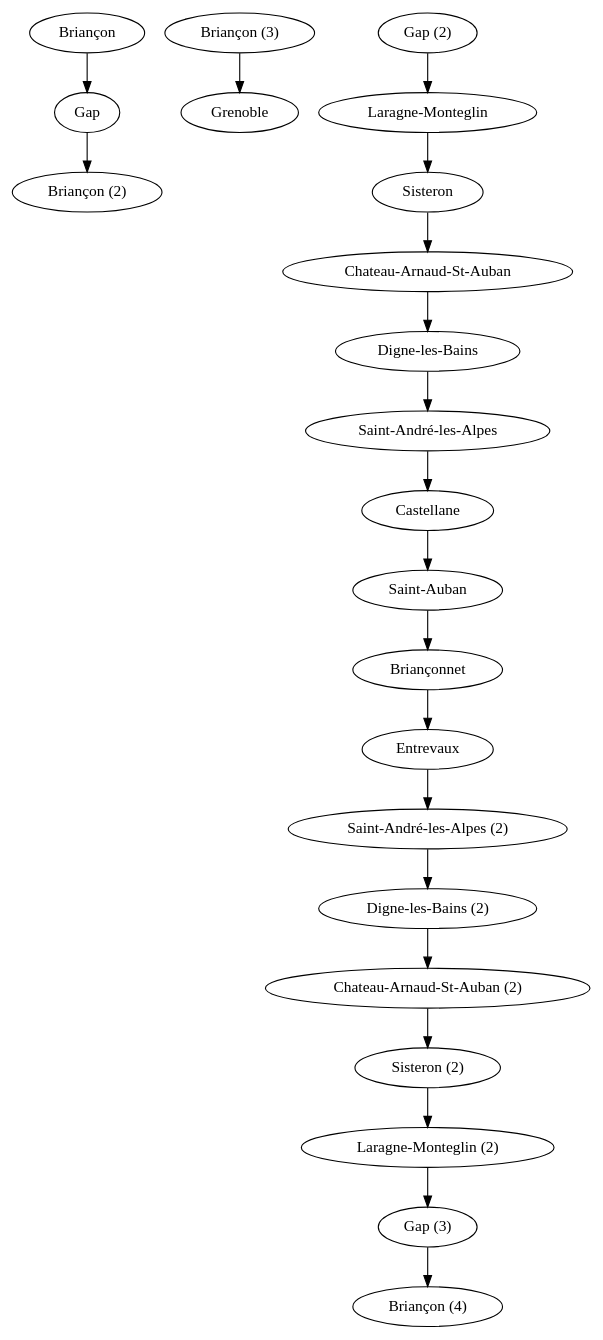
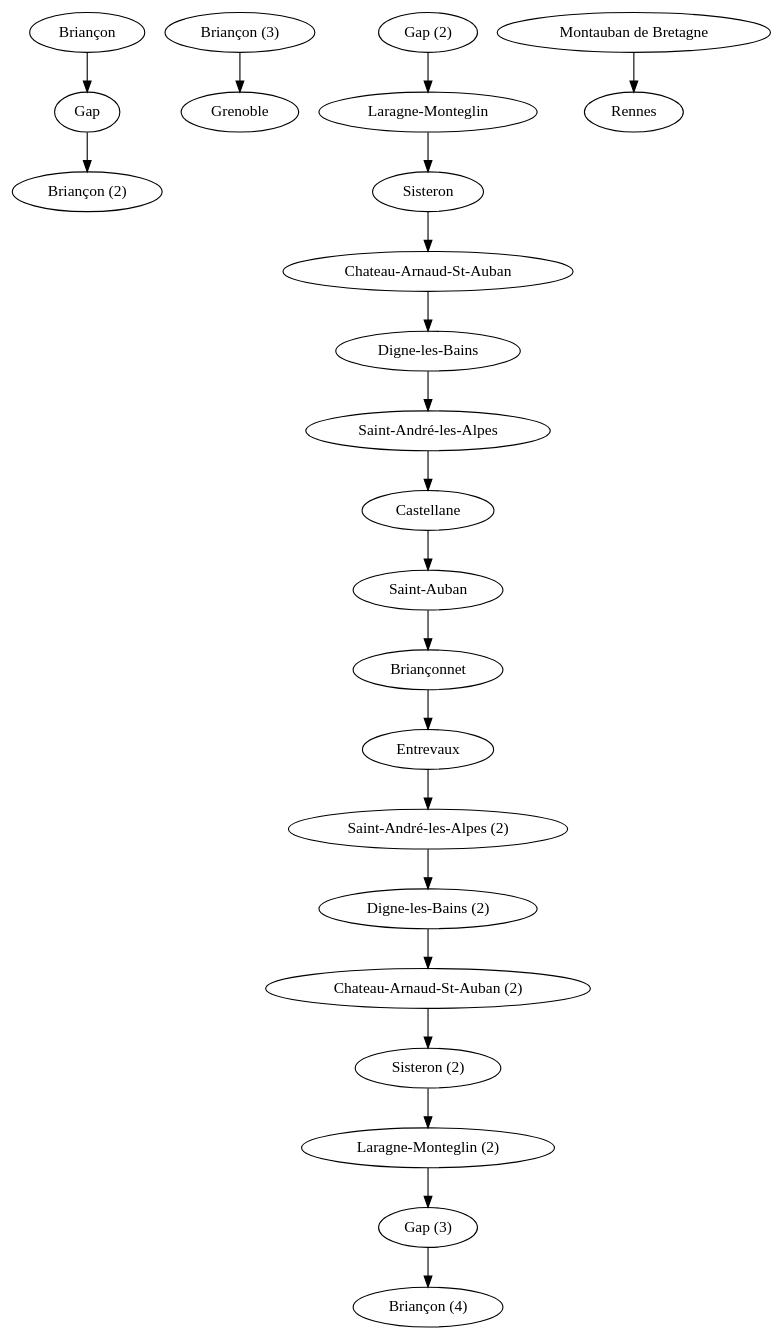
The first of 10 diagrams in autostop.fr.rst (Naereen/web-sphinx), drawn with Graphviz before and after one commit. The commit also changed other lines of this file and 7 other files, not shown here.

```diff
--- a/autostop.fr.rst
+++ b/autostop.fr.rst
@@ -27,6 +29,7 @@
 .. digraph:: france20
 
     "Briançon" -> "Gap" -> "Briançon (2)";
     "Briançon (3)" -> "Grenoble";
     "Gap (2)" -> "Laragne-Monteglin" -> "Sisteron" -> "Chateau-Arnaud-St-Auban" -> "Digne-les-Bains" -> "Saint-André-les-Alpes" -> "Castellane" -> "Saint-Auban" -> "Briançonnet";
     "Briançonnet" -> "Entrevaux" -> "Saint-André-les-Alpes (2)" -> "Digne-les-Bains (2)" -> "Chateau-Arnaud-St-Auban (2)" -> "Sisteron (2)" -> "Laragne-Monteglin (2)" -> "Gap (3)" -> "Briançon (4)";
+    "Montauban de Bretagne" -> "Rennes";
```
